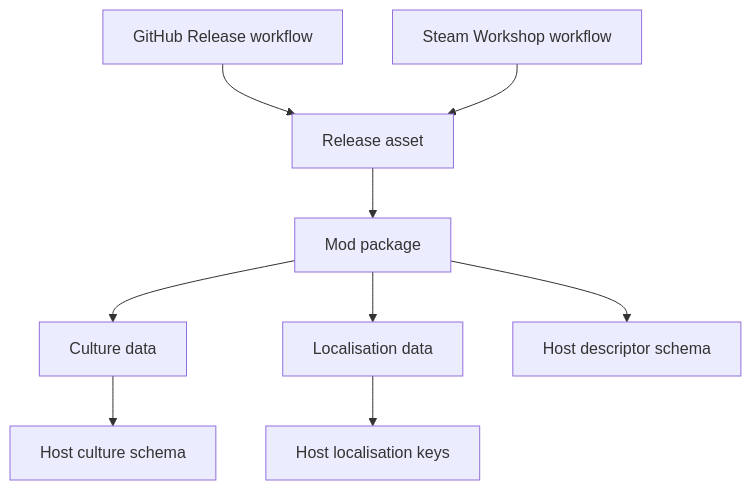
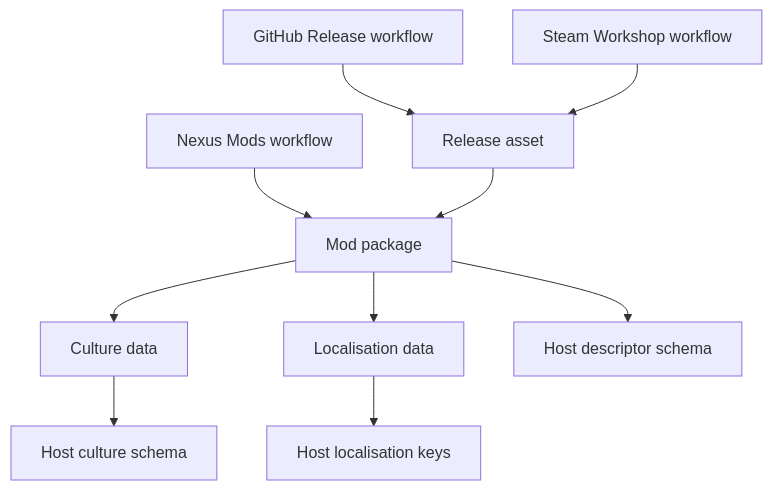
One commit to hmlendea/imperator-dracones-invictus changed the diagram in docs/dependencies.md. Above: the diagram before and after it, drawn with Mermaid. The commit also changed other lines of this file and 24 other files, not shown here.

Commit message:
ci: Created the Nexus Mods Release workflow

````diff
--- a/docs/dependencies.md
+++ b/docs/dependencies.md
@@ -33,11 +34,12 @@
 ```mermaid
 flowchart TD
     Build[GitHub Release workflow] --> Archive[Release asset]
     Workflow[Steam Workshop workflow] --> Archive
-    Archive --> Package[Mod package]
+    NexusWorkflow[Nexus Mods workflow] --> Package[Mod package]
+    Archive --> Package
     Package --> Culture[Culture data]
     Package --> Loc[Localisation data]
     Culture --> Host[Host culture schema]
     Loc --> HostKeys[Host localisation keys]
     Package --> Descriptors[Host descriptor schema]
 ```
````
